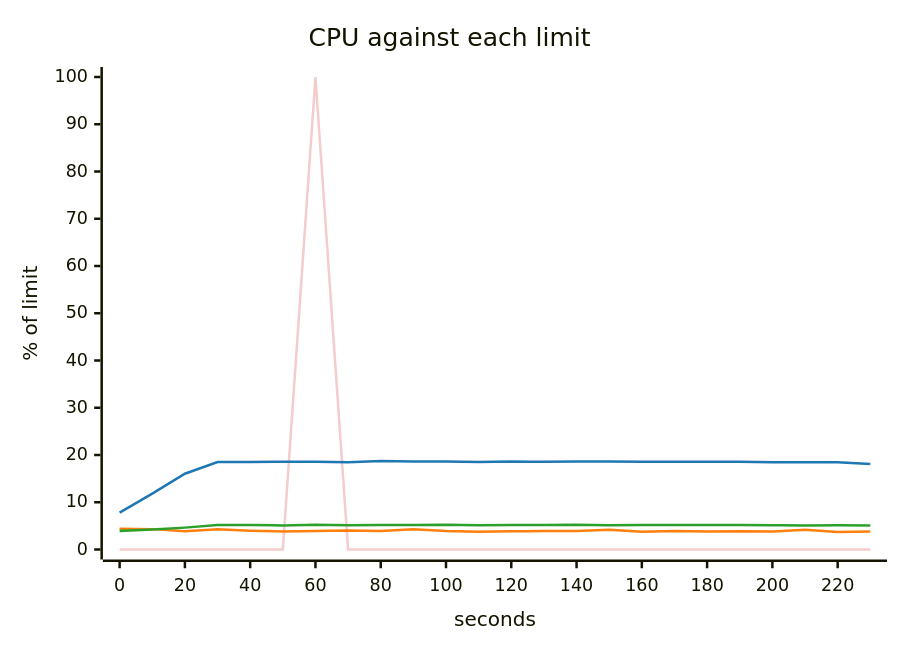
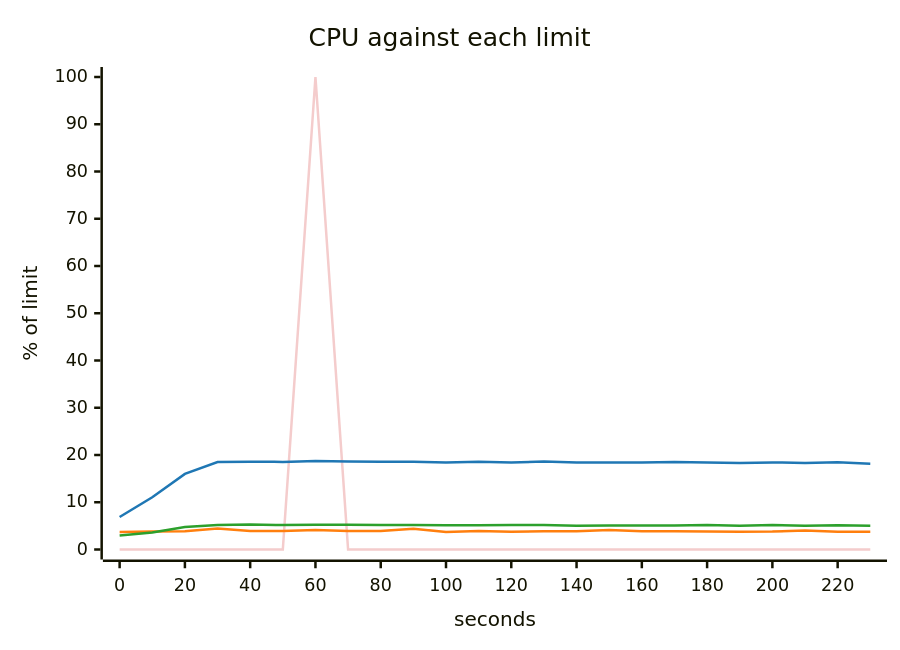
One commit to akinfemi/load-lore changed the fifth of 5 diagrams in scenarios/slow-disk/solutions/async-commit/report.md. Above: the diagram before and after it, drawn with Mermaid. The commit also changed other lines of this file and 125 other files, not shown here.

````diff
--- a/scenarios/slow-disk/solutions/async-commit/report.md
+++ b/scenarios/slow-disk/solutions/async-commit/report.md
@@ -93,17 +93,17 @@
 ```mermaid
 ---
 config:
   themeVariables:
     xyChart:
       backgroundColor: "transparent"
       plotColorPalette: "#f4cccc, #1f77b4, #ff7f0e, #2ca02c"
 ---
 xychart-beta
     title "CPU against each limit"
     x-axis "seconds" 0 --> 230
     y-axis "% of limit" 0 --> 100
     line [0, 0, 0, 0, 0, 0, 100, 0, 0, 0, 0, 0, 0, 0, 0, 0, 0, 0, 0, 0, 0, 0, 0, 0]
-    line [7.801, 11.83, 16.032, 18.494, 18.503, 18.567, 18.571, 18.47, 18.71, 18.625, 18.638, 18.528, 18.635, 18.562, 18.627, 18.616, 18.575, 18.55, 18.553, 18.553, 18.466, 18.479, 18.463, 18.103]
-    line [4.373, 4.312, 3.845, 4.282, 3.982, 3.824, 3.931, 4.031, 3.908, 4.266, 3.9, 3.75, 3.871, 3.897, 3.93, 4.182, 3.748, 3.94, 3.797, 3.872, 3.791, 4.205, 3.678, 3.829]
-    line [3.939, 4.213, 4.63, 5.176, 5.197, 5.105, 5.252, 5.146, 5.2, 5.185, 5.253, 5.144, 5.169, 5.159, 5.237, 5.157, 5.209, 5.194, 5.211, 5.177, 5.146, 5.054, 5.118, 5.076]
+    line [6.887, 11.046, 15.991, 18.506, 18.597, 18.539, 18.707, 18.608, 18.586, 18.589, 18.438, 18.549, 18.431, 18.606, 18.433, 18.428, 18.423, 18.505, 18.41, 18.327, 18.437, 18.304, 18.458, 18.167]
+    line [3.721, 3.794, 3.868, 4.445, 3.906, 3.93, 4.137, 3.939, 3.921, 4.413, 3.686, 3.904, 3.737, 3.888, 3.854, 4.122, 3.887, 3.843, 3.787, 3.735, 3.794, 4.008, 3.754, 3.757]
+    line [2.973, 3.592, 4.783, 5.164, 5.271, 5.165, 5.231, 5.252, 5.186, 5.163, 5.11, 5.148, 5.187, 5.164, 5.015, 5.085, 5.072, 5.083, 5.187, 5.049, 5.181, 5.011, 5.153, 5.038]
 ```
````
